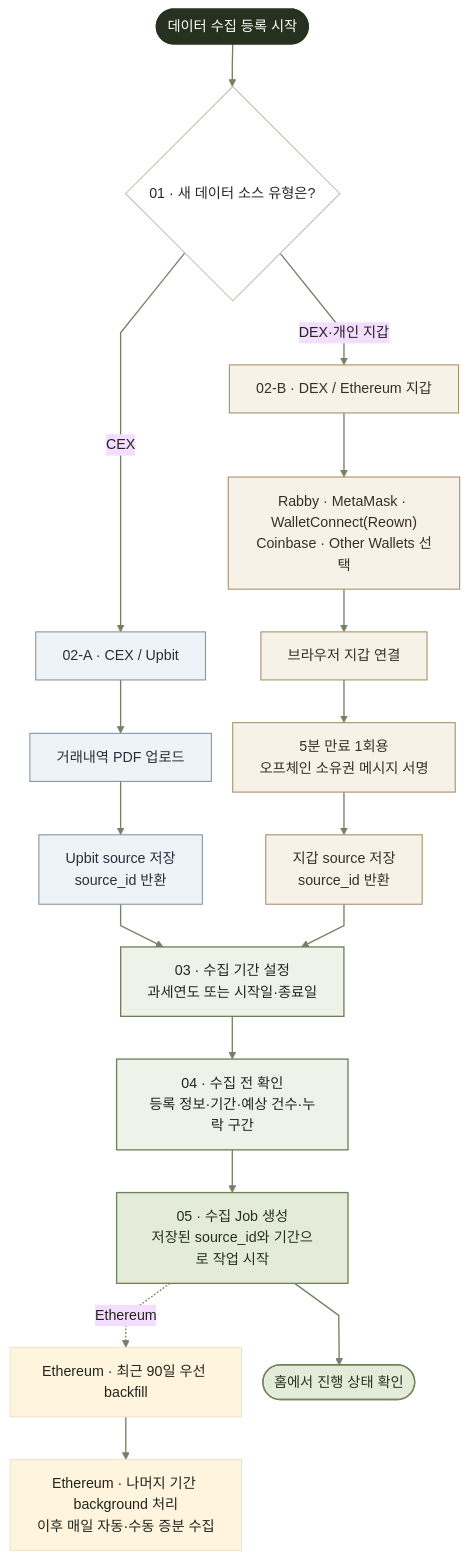
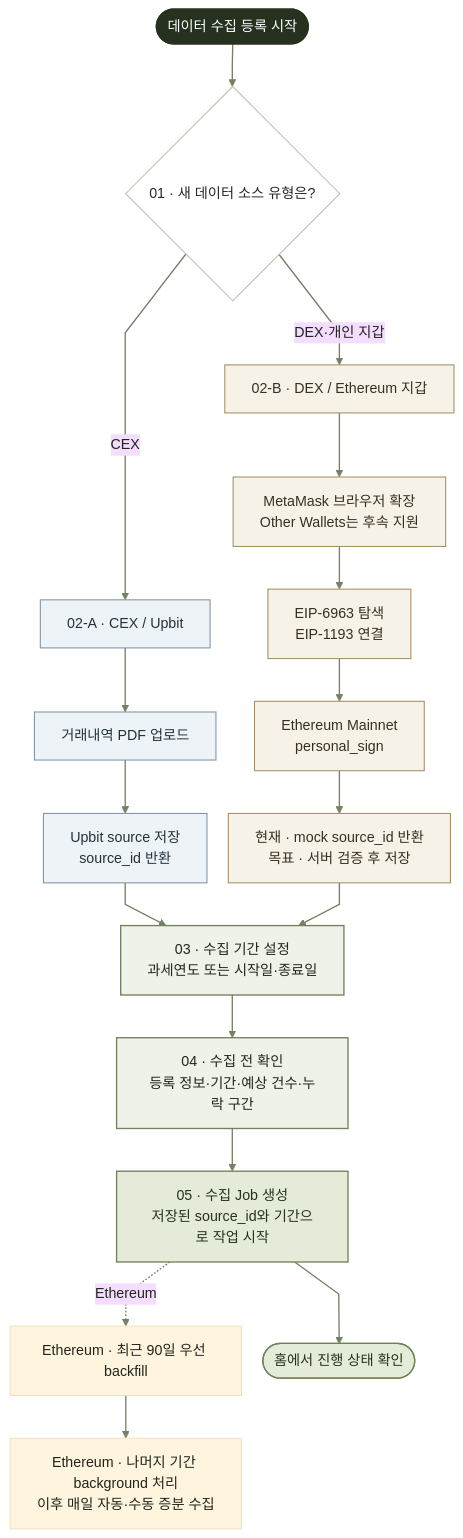
The diagram in docs/02-data-source-collection.md (BackwardLabs/daejang), drawn with Mermaid before and after one commit. The commit also changed other lines of this file and 13 other files, not shown here.

Commit message:
feat: connect MetaMask browser wallet

````diff
--- a/docs/02-data-source-collection.md
+++ b/docs/02-data-source-collection.md
@@ -49,58 +51,58 @@
 ```mermaid
 %%{init: {"theme":"base","flowchart":{"curve":"linear","nodeSpacing":24,"rankSpacing":48},"themeVariables":{"fontFamily":"Pretendard, SUIT, sans-serif","primaryTextColor":"#20241d","lineColor":"#758064"}}}%%
 flowchart TB
   start([데이터 수집 등록 시작])
   type{"01 · 새 데이터 소스 유형은?"}
 
   upbit["02-A · CEX / Upbit"]
   upbitInput["거래내역 PDF 업로드"]
   upbitSaved["Upbit source 저장<br/>source_id 반환"]
 
   dex["02-B · DEX / Ethereum 지갑"]
-  walletMethod["Rabby · MetaMask · WalletConnect(Reown)<br/>Coinbase · Other Wallets 선택"]
-  dexInput["브라우저 지갑 연결"]
-  walletSign["5분 만료 1회용<br/>오프체인 소유권 메시지 서명"]
-  dexSaved["지갑 source 저장<br/>source_id 반환"]
+  walletMethod["MetaMask 브라우저 확장<br/>Other Wallets는 후속 지원"]
+  dexInput["EIP-6963 탐색<br/>EIP-1193 연결"]
+  walletSign["Ethereum Mainnet<br/>personal_sign"]
+  dexSaved["현재 · mock source_id 반환<br/>목표 · 서버 검증 후 저장"]
 
   period["03 · 수집 기간 설정<br/>과세연도 또는 시작일·종료일"]
   preview["04 · 수집 전 확인<br/>등록 정보·기간·예상 건수·누락 구간"]
   job["05 · 수집 Job 생성<br/>저장된 source_id와 기간으로 작업 시작"]
   recent["Ethereum · 최근 90일 우선 backfill"]
   background["Ethereum · 나머지 기간 background 처리<br/>이후 매일 자동·수동 증분 수집"]
   home([홈에서 진행 상태 확인])
 
   start --> type
   type -->|CEX| upbit
   type -->|DEX·개인 지갑| dex
 
   upbit --> upbitInput
   upbitInput --> upbitSaved
 
   dex --> walletMethod
   walletMethod --> dexInput
   dexInput --> walletSign
   walletSign --> dexSaved
 
   upbitSaved --> period
   dexSaved --> period
   period --> preview
   preview --> job
   job --> home
   job -. Ethereum .-> recent
   recent --> background
 
   classDef startNode fill:#27311f,color:#ffffff,stroke:#27311f,stroke-width:1.5px;
   classDef step fill:#ffffff,color:#262a23,stroke:#bcc3b4,stroke-width:1.2px;
   classDef upbitStep fill:#eef3f7,color:#24313b,stroke:#8295a4,stroke-width:1.2px;
   classDef dexStep fill:#f7f2e8,color:#382f20,stroke:#a59068,stroke-width:1.2px;
   classDef focus fill:#eef2e8,color:#20271b,stroke:#71805e,stroke-width:1.5px;
   classDef success fill:#e4ecd9,color:#25321d,stroke:#708257,stroke-width:1.5px;
 
   class start startNode;
   class type step;
   class upbit,upbitInput,upbitSaved upbitStep;
   class dex,walletMethod,dexInput,walletSign,dexSaved dexStep;
   class period,preview focus;
   class job,home success;
   linkStyle default stroke:#758064,stroke-width:1.5px;
 ```
````
